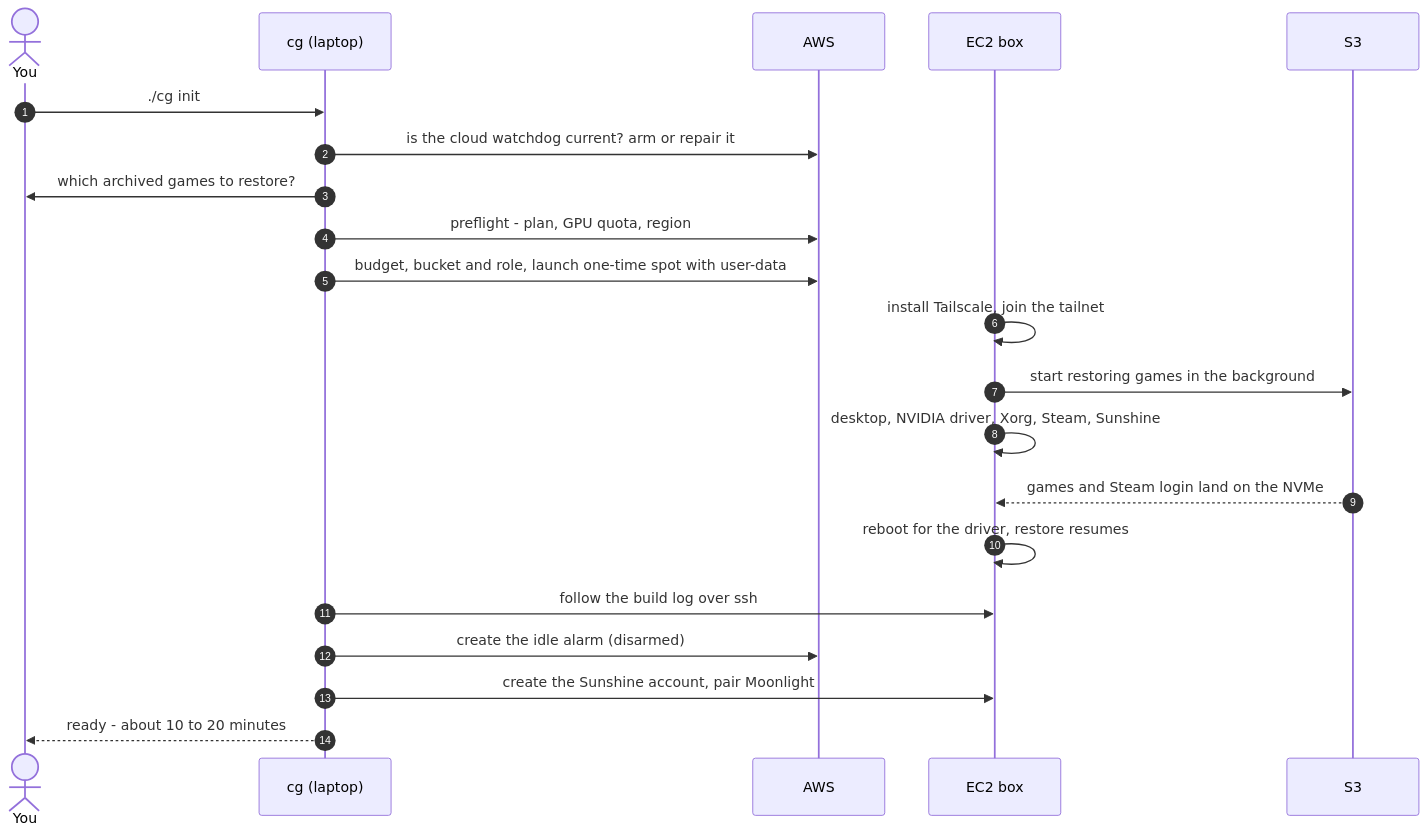
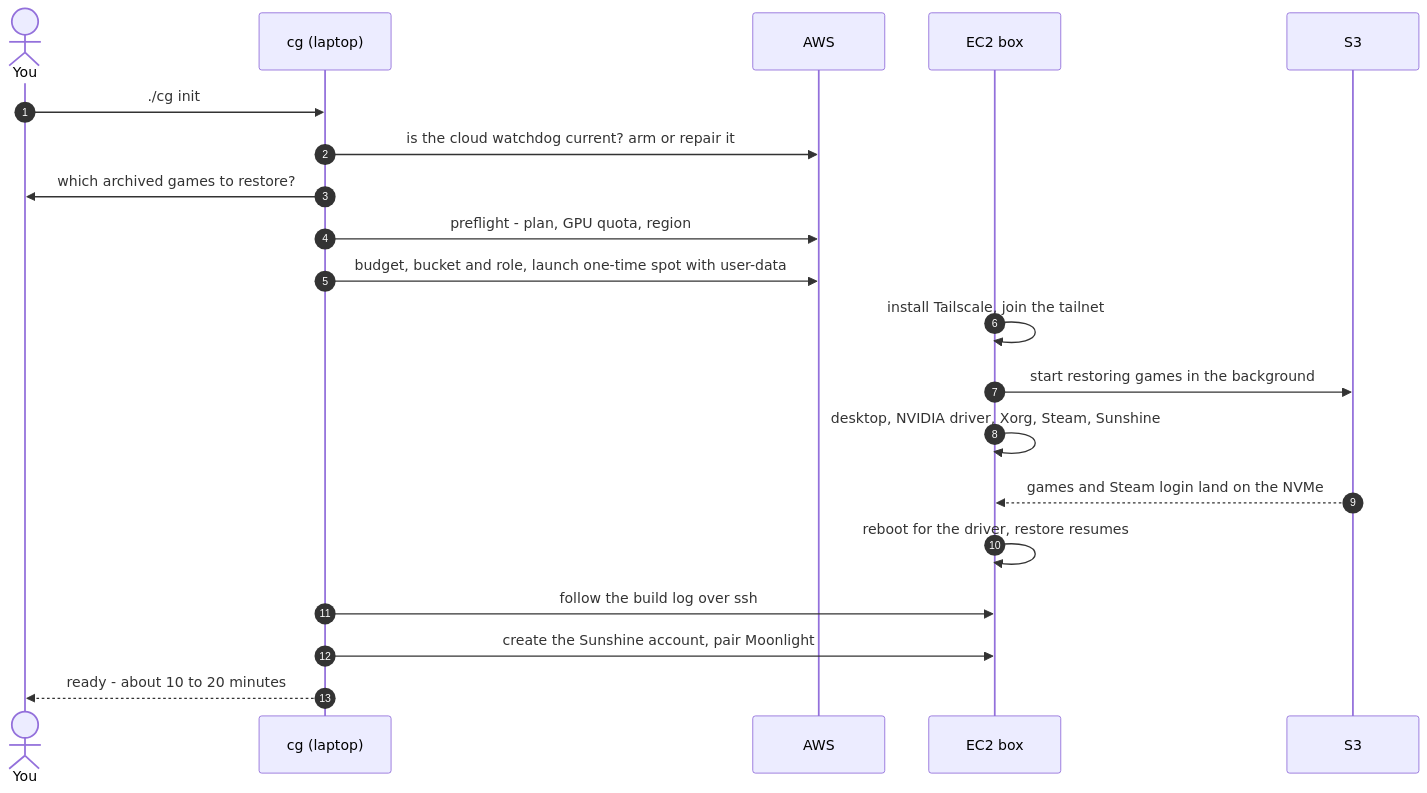
The fourth of 7 diagrams in docs/architecture.md (jebin2/aws_cloud_gaming), drawn with Mermaid before and after one commit. The commit also changed other lines of this file and 27 other files, not shown here.

First line of the commit message:
Remove the CloudWatch idle alarm; the cloud watchdog covers it

````diff
--- a/docs/architecture.md
+++ b/docs/architecture.md
@@ -104,24 +102,23 @@
 ```mermaid
 sequenceDiagram
   autonumber
   actor You
   participant cg as cg (laptop)
   participant AWS
   participant EC2 as EC2 box
   participant S3
 
   You->>cg: ./cg init
   cg->>AWS: is the cloud watchdog current? arm or repair it
   cg->>You: which archived games to restore?
   cg->>AWS: preflight - plan, GPU quota, region
   cg->>AWS: budget, bucket and role, launch one-time spot with user-data
   EC2->>EC2: install Tailscale, join the tailnet
   EC2->>S3: start restoring games in the background
   EC2->>EC2: desktop, NVIDIA driver, Xorg, Steam, Sunshine
   S3-->>EC2: games and Steam login land on the NVMe
   EC2->>EC2: reboot for the driver, restore resumes
   cg->>EC2: follow the build log over ssh
-  cg->>AWS: create the idle alarm (disarmed)
   cg->>EC2: create the Sunshine account, pair Moonlight
   cg-->>You: ready - about 10 to 20 minutes
 ```
````
